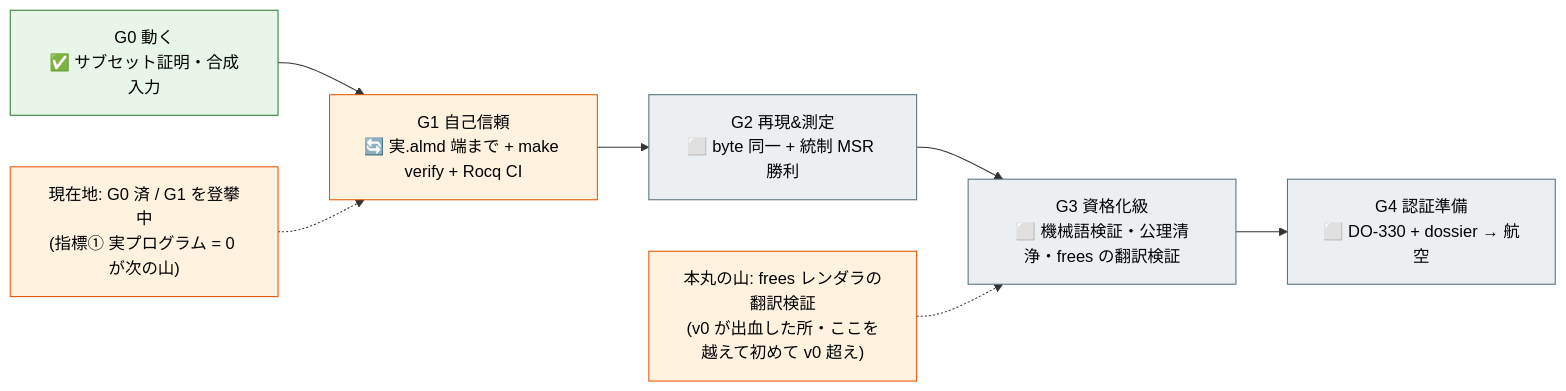
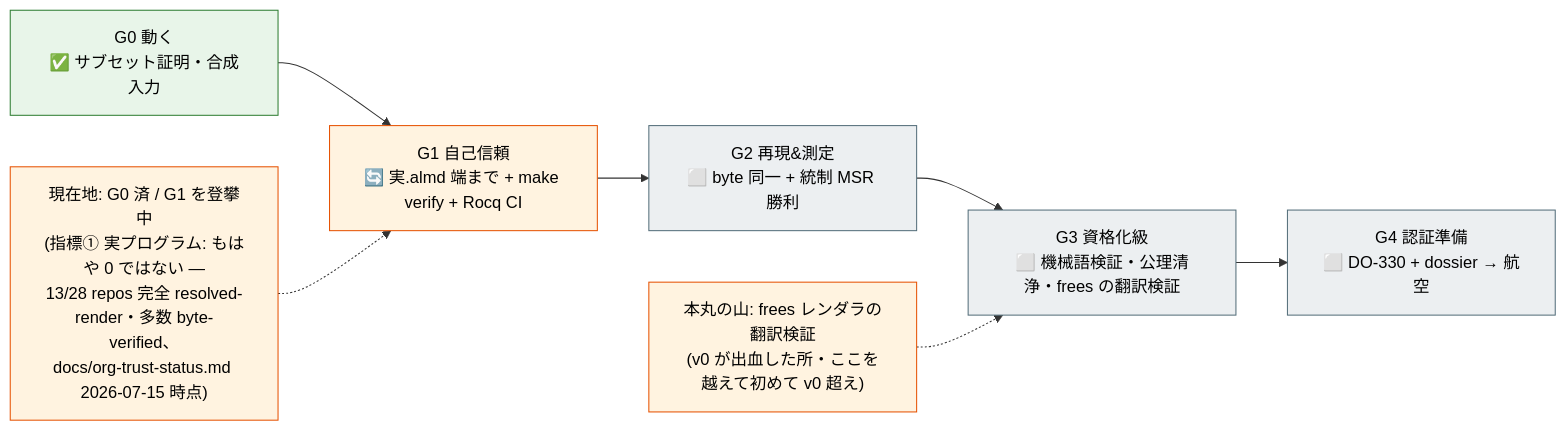
The fifth of 6 diagrams in docs/roadmap/active/v1-system-map.md (almide/almide), drawn with Mermaid before and after one commit. The commit also changed 55 other files, not shown here.

First line of the commit message:
Audit all 66 active roadmap items against current repo state and reconcile

````diff
--- a/docs/roadmap/active/v1-system-map.md
+++ b/docs/roadmap/active/v1-system-map.md
@@ -184,22 +184,22 @@
 ```mermaid
 flowchart LR
     G0["G0 動く<br/>✅ サブセット証明・合成入力"] --> G1
     G1["G1 自己信頼<br/>🔄 実.almd 端まで + make verify + Rocq CI"] --> G2
     G2["G2 再現&測定<br/>⬜ byte 同一 + 統制 MSR 勝利"] --> G3
     G3["G3 資格化級<br/>⬜ 機械語検証・公理清浄・frees の翻訳検証"] --> G4
     G4["G4 認証準備<br/>⬜ DO-330 + dossier → 航空"]
 
-    NOW["現在地: G0 済 / G1 を登攀中<br/>(指標① 実プログラム = 0 が次の山)"]
+    NOW["現在地: G0 済 / G1 を登攀中<br/>(指標① 実プログラム: もはや 0 ではない —<br/>13/28 repos 完全 resolved-render・多数 byte-verified、<br/>docs/org-trust-status.md 2026-07-15 時点)"]
     NOW -.-> G1
 
     MOUNT["本丸の山: frees レンダラの翻訳検証<br/>(v0 が出血した所・ここを越えて初めて v0 超え)"]
     MOUNT -.-> G3
 
     classDef done fill:#e8f5e9,stroke:#2e7d32,color:#000
     classDef now fill:#fff3e0,stroke:#e65100,color:#000
     classDef todo fill:#eceff1,stroke:#546e7a,color:#000
     class G0 done
     class G1 now
     class G2,G3,G4 todo
     class NOW,MOUNT now
 ```
````
